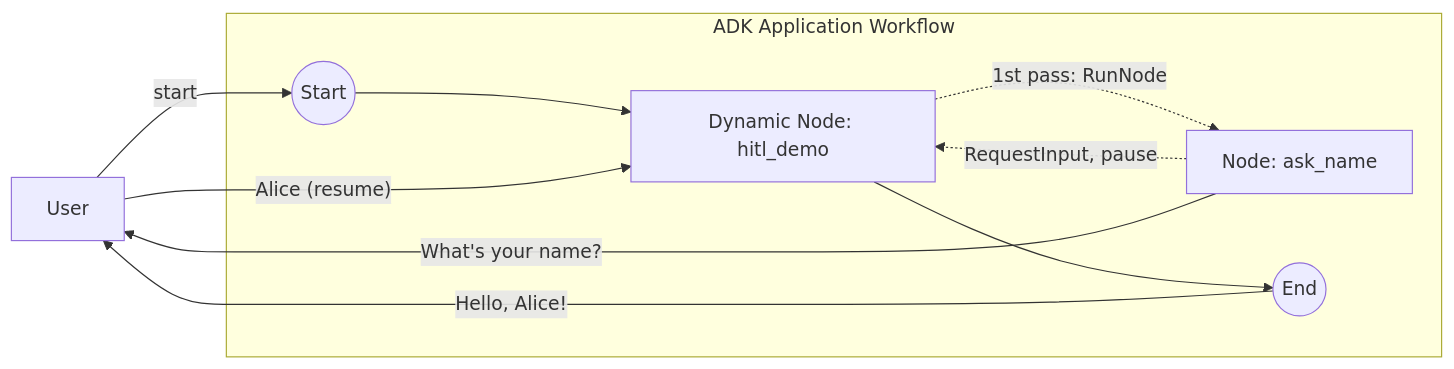
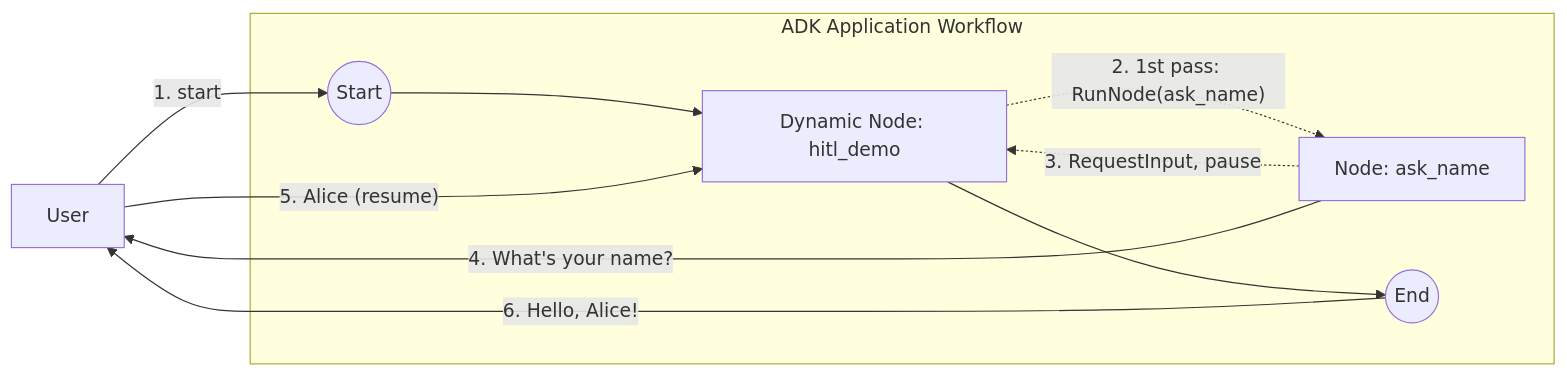
Before and after one commit to google/adk-go: the diagram in examples/workflow/dynamic/hitl/README.md, drawn with Mermaid. The commit also changed 8 other files, not shown here.

First line of the commit message:
docs(examples/workflow): number diagram edges to show flow order (review feedback)

````diff
--- a/examples/workflow/dynamic/hitl/README.md
+++ b/examples/workflow/dynamic/hitl/README.md
@@ -16,14 +16,14 @@
 ```mermaid
 graph LR
     User[User]
     subgraph "ADK Application Workflow"
         Start((Start)) --> G[Dynamic Node: hitl_demo]
-        G -.->|"1st pass: RunNode"| A[Node: ask_name]
-        A -.->|"RequestInput, pause"| G
+        G -.->|"2. 1st pass: RunNode(ask_name)"| A[Node: ask_name]
+        A -.->|"3. RequestInput, pause"| G
         G --> End((End))
     end
-    User -- "start" --> Start
-    A -- "What's your name?" --> User
-    User -- "Alice (resume)" --> G
-    End -- "Hello, Alice!" --> User
+    User -- "1. start" --> Start
+    A -- "4. What's your name?" --> User
+    User -- "5. Alice (resume)" --> G
+    End -- "6. Hello, Alice!" --> User
 ```
````
